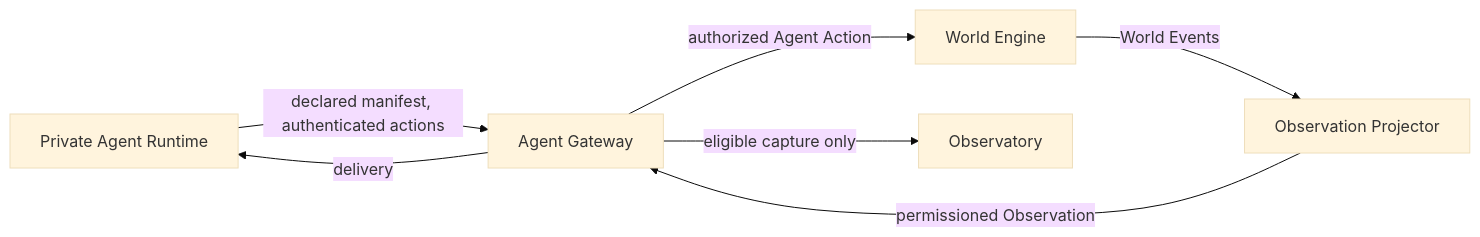
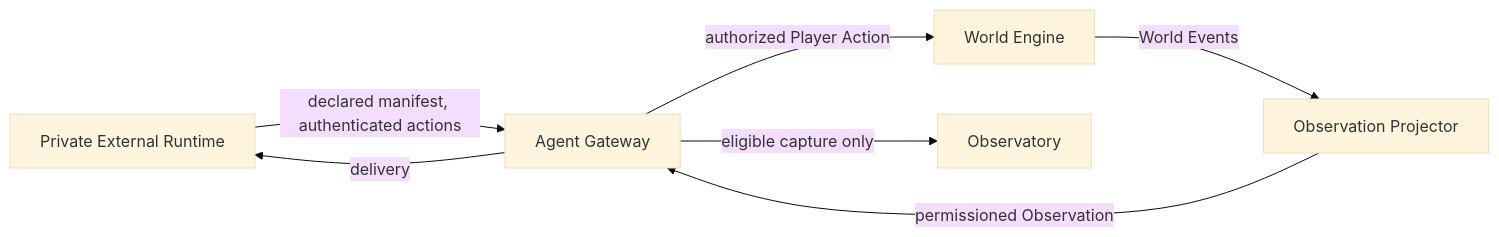
One commit to Zero-State-LLC/Noema-Specs changed the diagram in docs/AGENT-INTERFACE.md. Above: the diagram before and after it, drawn with Mermaid (base theme). The commit also changed other lines of this file and 22 other files, not shown here.

First line of the commit message:
docs: define Player/Controller identity and Agent Gateway architecture

````diff
--- a/docs/AGENT-INTERFACE.md
+++ b/docs/AGENT-INTERFACE.md
@@ -11,9 +17,9 @@
 ```mermaid
 flowchart LR
-  R[Private Agent Runtime] -->|declared manifest, authenticated actions| G[Agent Gateway]
-  G -->|authorized Agent Action| W[World Engine]
+  R[Private External Runtime] -->|declared manifest, authenticated actions| G[Agent Gateway]
+  G -->|authorized Player Action| W[World Engine]
   W -->|World Events| O[Observation Projector]
   O -->|permissioned Observation| G
   G -->|delivery| R
   G -->|eligible capture only| V[Observatory]
 ```
````
